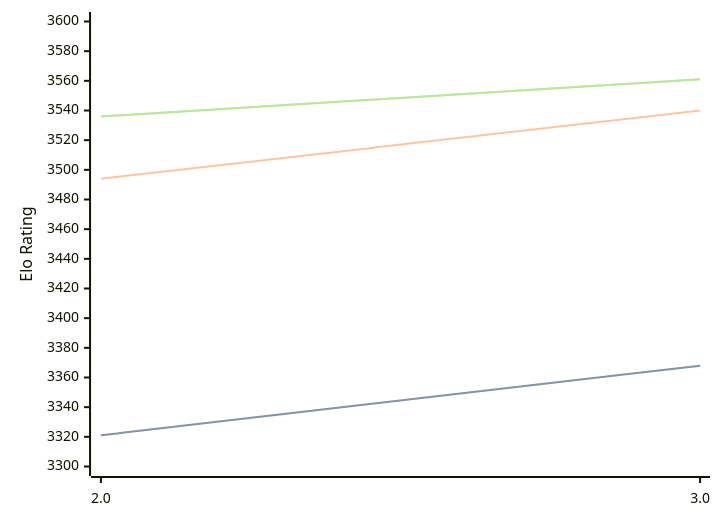
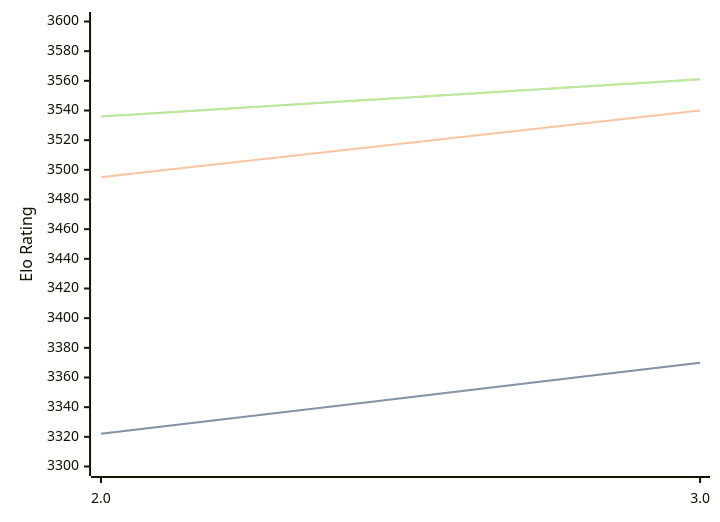
One commit to computer-chess-index/cci changed the diagram in engines/Quanticade.md. Above: the diagram before and after it, drawn with Mermaid. The commit also changed other lines of this file, not shown here.

Commit message:
Update CCI Ratings (ELO VLTC) - 2026-04-05

````diff
--- a/engines/Quanticade.md
+++ b/engines/Quanticade.md
@@ -41,11 +41,11 @@
 ```mermaid
 %%{init: {"theme":"base","themeVariables":{"seriesColors:['#a3a3a3','#222221','#faa371']}}}%%
 xychart-beta
   x-axis ["2.0", "3.0"]
   y-axis "Elo Rating" 3300 --> 3600
-  line "STC (8.0+0.08s)" [3321, 3368]
-  line "STC (8.0+0.08s)" [3321, 3368]
-  line "LTC (60.0+0.60s)" [3494, 3540]
+  line "STC (8.0+0.08s)" [3322, 3370]
+  line "STC (8.0+0.08s)" [3322, 3370]
+  line "LTC (60.0+0.60s)" [3495, 3540]
   line "VLTC (2m24s+1.12s)" [3536, 3561]
   line "VLTC (2m24s+1.12s)" [3536, 3561]
 ```
````
